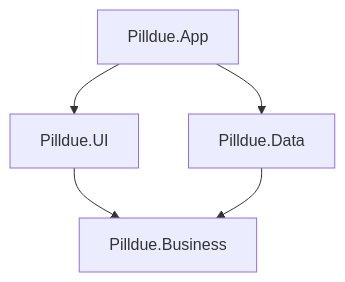
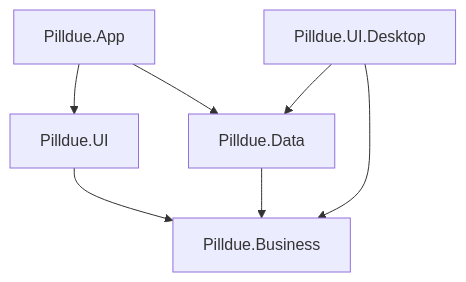
The diagram in docs/architecture.md (djordjevics/pilldue), drawn with Mermaid before and after one commit. The commit also changed other lines of this file and 11 other files, not shown here.

````diff
--- a/docs/architecture.md
+++ b/docs/architecture.md
@@ -57,7 +58,9 @@
 ```mermaid
 flowchart TB
   App[Pilldue.App] --> UI[Pilldue.UI]
   App --> Data[Pilldue.Data]
-  UI --> Business[Pilldue.Business]
+  Desktop[Pilldue.UI.Desktop] --> Data
+  Desktop --> Business[Pilldue.Business]
+  UI --> Business
   Data --> Business
 ```
````
